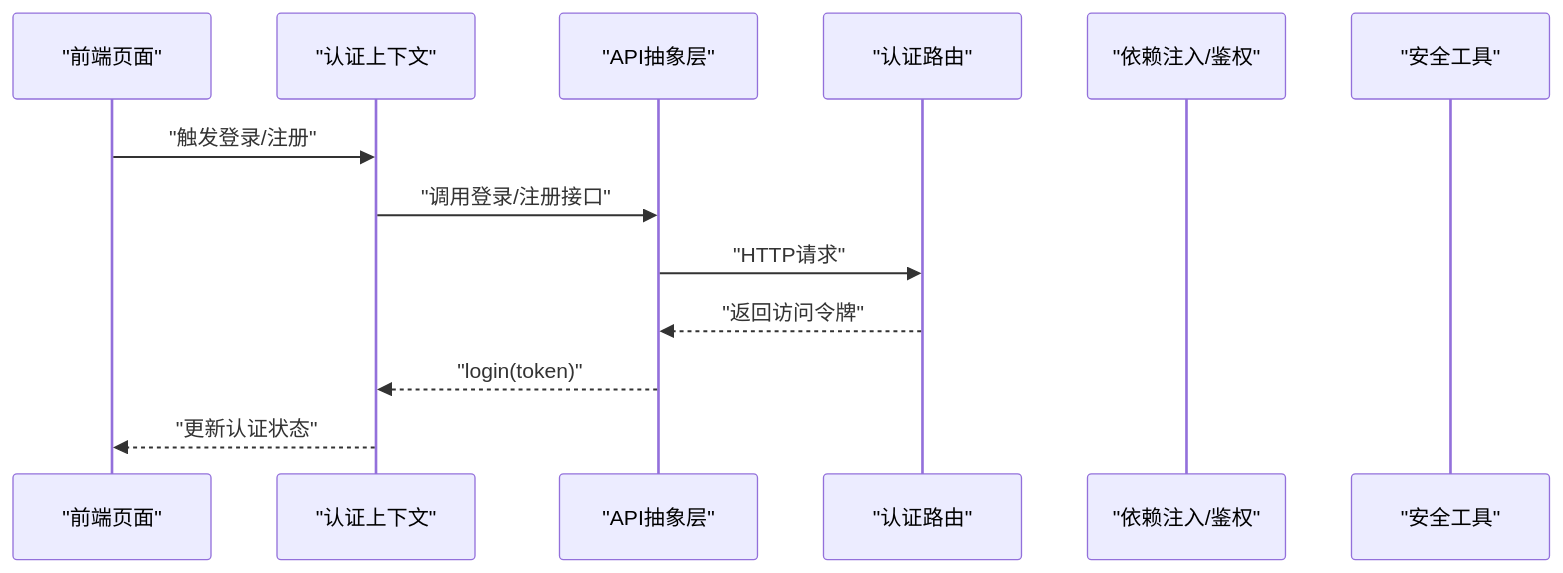
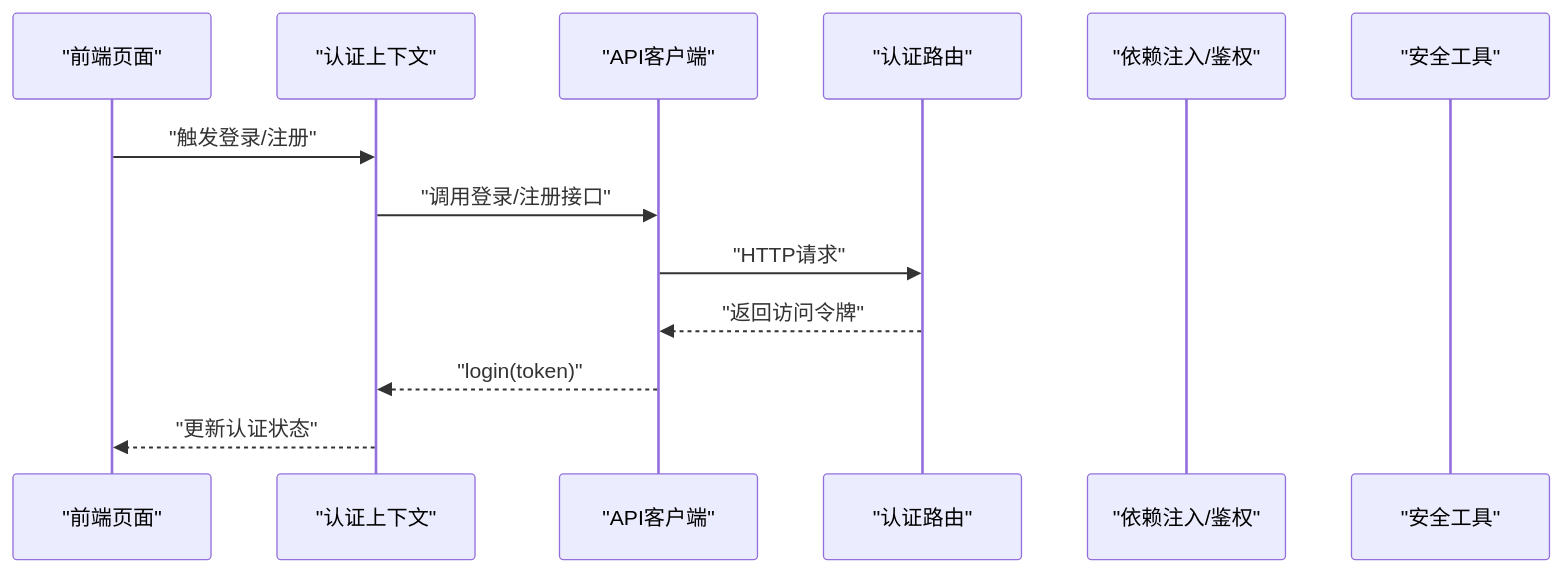
One commit to breeze-lyf/ai-stock-advisor changed the second of 8 diagrams in .qoder/repowiki/zh/content/前端开发指南/API集成模式.md. Above: the diagram before and after it, drawn with Mermaid. The commit also changed other lines of this file and 52 other files, not shown here.

````diff
--- a/.qoder/repowiki/zh/content/前端开发指南/API集成模式.md
+++ b/.qoder/repowiki/zh/content/前端开发指南/API集成模式.md
@@ -120,15 +153,15 @@
 ```mermaid
 sequenceDiagram
 participant UI as "前端页面"
 participant Ctx as "认证上下文"
-participant API as "API抽象层"
+participant API as "API客户端"
 participant Auth as "认证路由"
 participant Dep as "依赖注入/鉴权"
 participant Sec as "安全工具"
 UI->>Ctx : "触发登录/注册"
 Ctx->>API : "调用登录/注册接口"
 API->>Auth : "HTTP请求"
 Auth-->>API : "返回访问令牌"
 API-->>Ctx : "login(token)"
 Ctx-->>UI : "更新认证状态"
 ```
````
